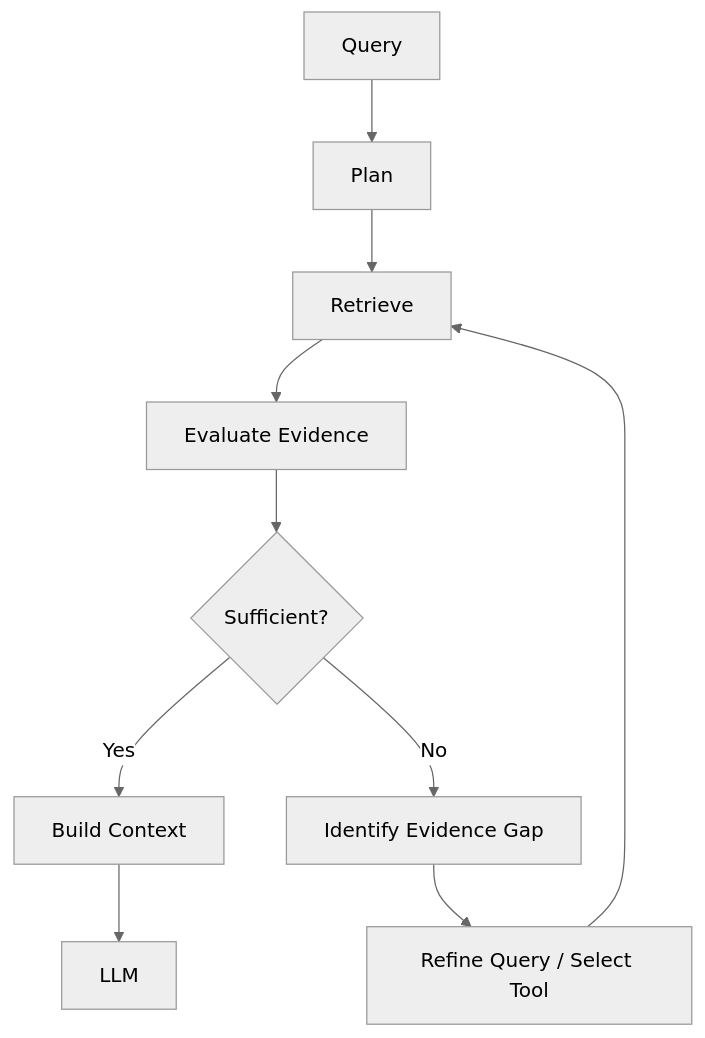
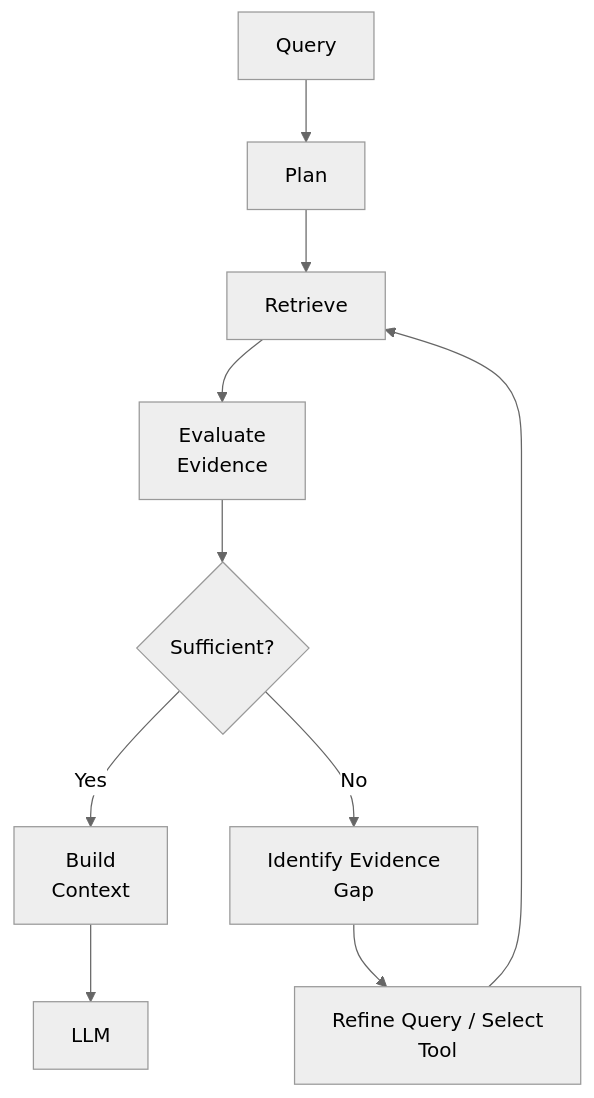
Before and after one commit to MihirKJha/enterprise-ai-blog: the second of 6 diagrams in docs/architecture-insights/genai-and-rag/3.7_architecting_agentic_retrieval_planning_evidence_control.md, drawn with Mermaid (neutral theme). The commit also changed other lines of this file, not shown here.

````diff
--- a/docs/architecture-insights/genai-and-rag/3.7_architecting_agentic_retrieval_planning_evidence_control.md
+++ b/docs/architecture-insights/genai-and-rag/3.7_architecting_agentic_retrieval_planning_evidence_control.md
@@ -137,12 +137,12 @@
 ```mermaid
 flowchart TD
     Q[Query] --> P[Plan]
     P --> R[Retrieve]
-    R --> E[Evaluate Evidence]
+    R --> E[Evaluate<br/>Evidence]
     E --> D{Sufficient?}
-    D -->|Yes| C[Build Context]
-    D -->|No| M[Identify Evidence Gap]
-    M --> X[Refine Query / Select Tool]
+    D -->|Yes| C[Build<br/>Context]
+    D -->|No| M[Identify Evidence<br/>Gap]
+    M --> X[Refine Query / Select<br/>Tool]
     X --> R
     C --> L[LLM]
 ```
````
